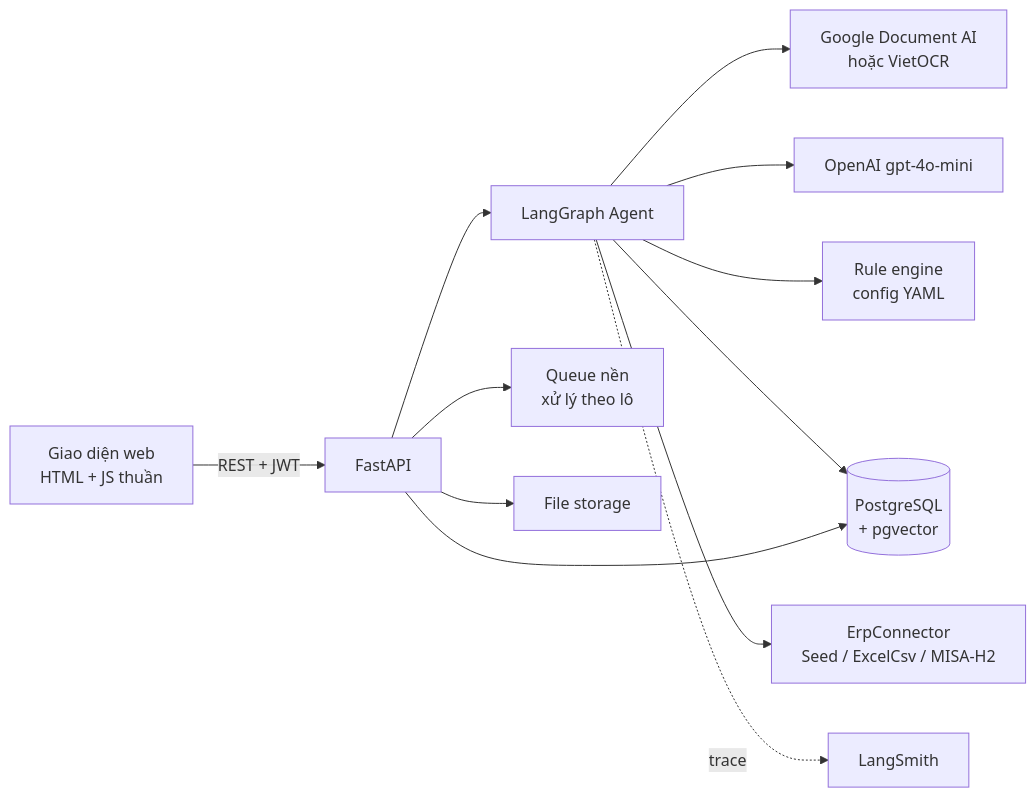
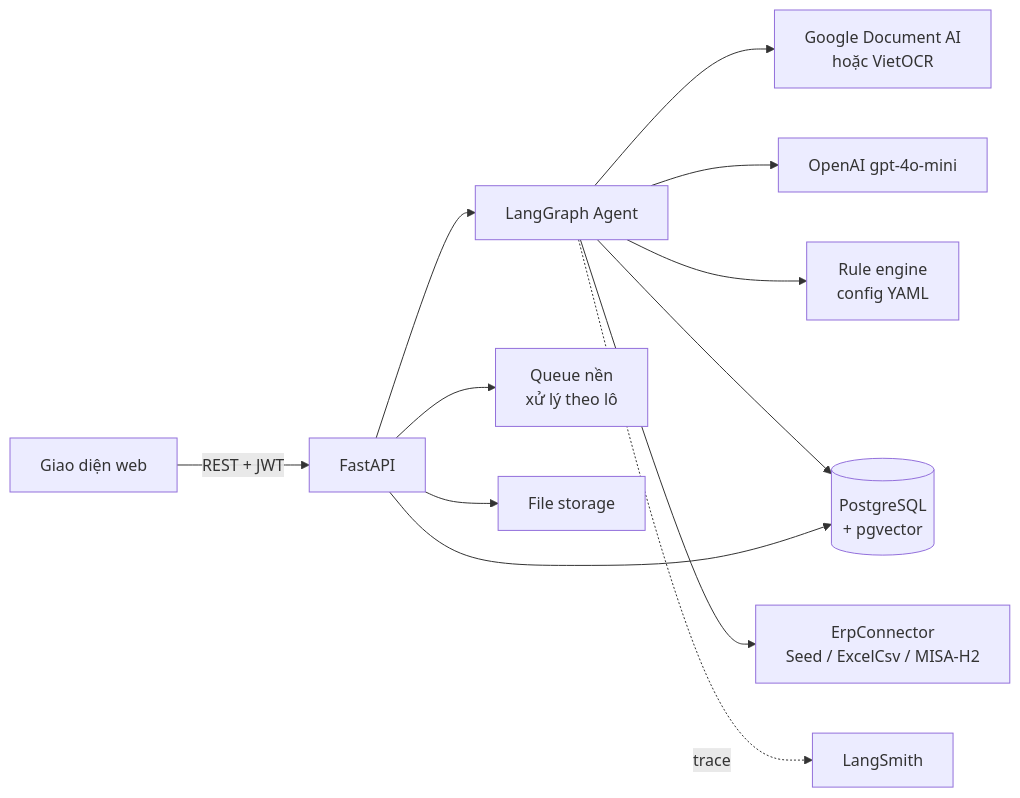
One commit to kamitoznguyen-collab/Fantastic4-BuildPhase changed the second of 2 diagrams in docs/BRIEF_v3.md. Above: the diagram before and after it, drawn with Mermaid. The commit also changed other lines of this file and 4 other files, not shown here.

````diff
--- a/docs/BRIEF_v3.md
+++ b/docs/BRIEF_v3.md
@@ -192,14 +192,14 @@
 ```mermaid
 graph LR
-    UI[Giao diện web<br/>HTML + JS thuần] -->|REST + JWT| API[FastAPI]
+    UI[Giao diện web] -->|REST + JWT| API[FastAPI]
     API --> G[LangGraph Agent]
     API --> Q[Queue nền<br/>xử lý theo lô]
     G --> OCR[Google Document AI<br/>hoặc VietOCR]
     G --> LLM[OpenAI gpt-4o-mini]
     G --> R[Rule engine<br/>config YAML]
     G --> DB[(PostgreSQL<br/>+ pgvector)]
     G --> CN[ErpConnector<br/>Seed / ExcelCsv / MISA-H2]
     API --> DB
     API --> FS[File storage]
     G -.trace.-> LS[LangSmith]
 ```
````
